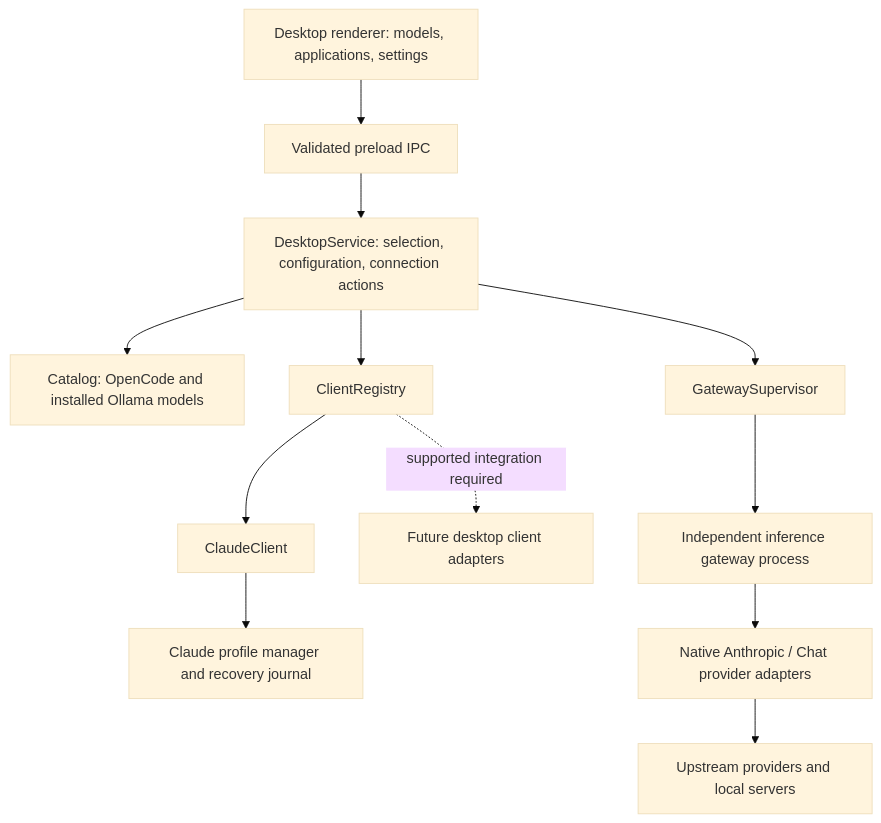
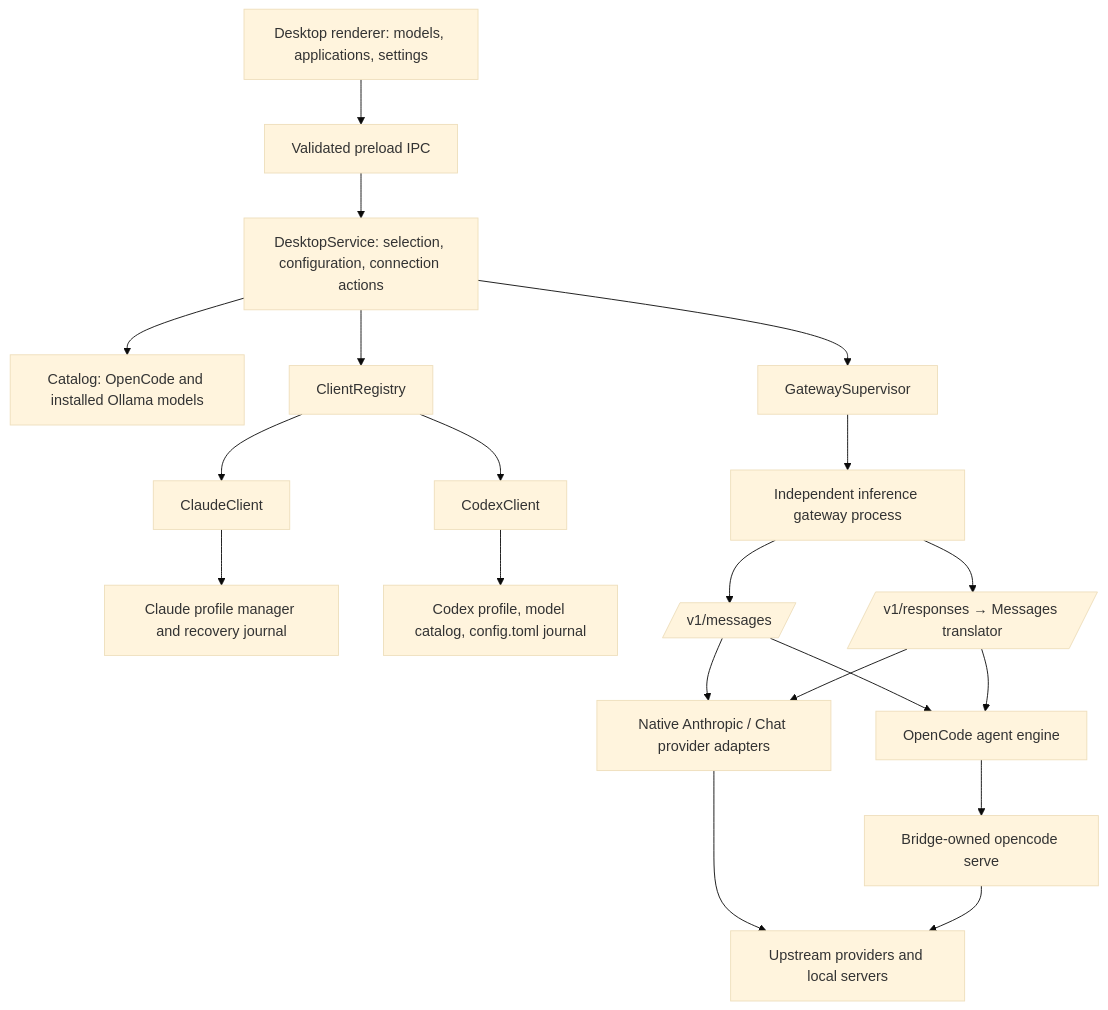
Before and after one commit to satiricalguru/Opencode-bridge: the diagram in INTEGRATIONS.md, drawn with Mermaid (base theme). The commit also changed other lines of this file and 31 other files, not shown here.

````diff
--- a/INTEGRATIONS.md
+++ b/INTEGRATIONS.md
@@ -5,14 +5,22 @@
 ```mermaid
 flowchart TB
   UI[Desktop renderer: models, applications, settings] --> IPC[Validated preload IPC]
   IPC --> S[DesktopService: selection, configuration, connection actions]
   S --> C[Catalog: OpenCode and installed Ollama models]
   S --> R[ClientRegistry]
   S --> G[GatewaySupervisor]
   R --> CL[ClaudeClient]
-  R -. supported integration required .-> NEXT[Future desktop client adapters]
+  R --> CX[CodexClient]
   CL --> PM[Claude profile manager and recovery journal]
+  CX --> CP[Codex profile, model catalog, config.toml journal]
   G --> GW[Independent inference gateway process]
-  GW --> A[Native Anthropic / Chat provider adapters]
+  GW --> M[/v1/messages/]
+  GW --> RS[/v1/responses → Messages translator/]
+  M --> A[Native Anthropic / Chat provider adapters]
+  RS --> A
+  M --> AG[OpenCode agent engine]
+  RS --> AG
+  AG --> OS[Bridge-owned opencode serve]
   A --> P[Upstream providers and local servers]
+  OS --> P
 ```
````
